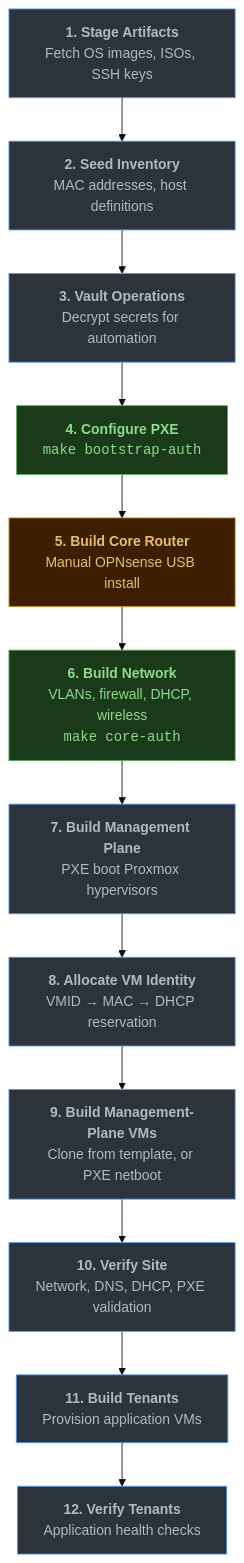
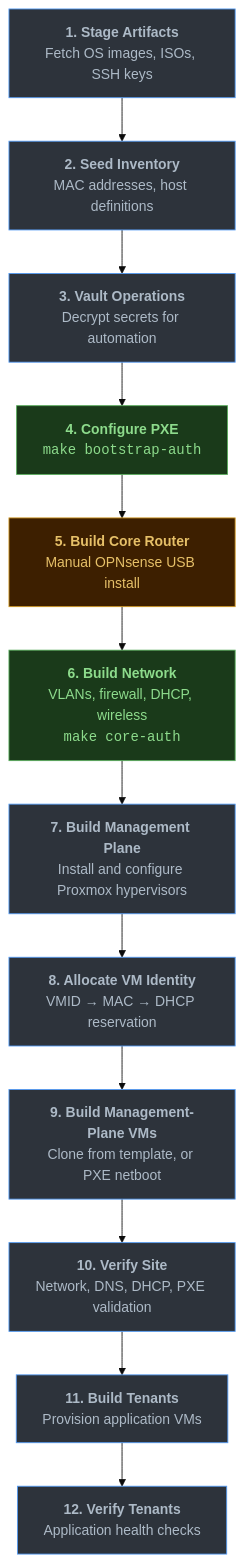
The diagram in content/docs/runbook/building-recovery/_index.md (deevnet/deevnet-docs), drawn with Mermaid (base theme) before and after one commit. The commit also changed other lines of this file and 5 other files, not shown here.

First line of the commit message:
Hypervisor rebuild procedure and a storage roadmap

```diff
--- a/content/docs/runbook/building-recovery/_index.md
+++ b/content/docs/runbook/building-recovery/_index.md
@@ -61,21 +61,21 @@
 {{< mermaid >}}
 flowchart TD
     A["<b>1. Stage Artifacts</b><br/>Fetch OS images, ISOs, SSH keys"]
     B["<b>2. Seed Inventory</b><br/>MAC addresses, host definitions"]
     C["<b>3. Vault Operations</b><br/>Decrypt secrets for automation"]
     D["<b>4. Configure PXE</b><br/><code>make bootstrap-auth</code>"]:::transition
     E["<b>5. Build Core Router</b><br/>Manual OPNsense USB install"]:::manual
     F["<b>6. Build Network</b><br/>VLANs, firewall, DHCP, wireless<br/><code>make core-auth</code>"]:::transition
-    G["<b>7. Build Management Plane</b><br/>PXE boot Proxmox hypervisors"]
+    G["<b>7. Build Management Plane</b><br/>Install and configure Proxmox hypervisors"]
     H["<b>8. Allocate VM Identity</b><br/>VMID &rarr; MAC &rarr; DHCP reservation"]
     I["<b>9. Build Management-Plane VMs</b><br/>Clone from template, or PXE netboot"]
     J["<b>10. Verify Site</b><br/>Network, DNS, DHCP, PXE validation"]
     K["<b>11. Build Tenants</b><br/>Provision application VMs"]
     L["<b>12. Verify Tenants</b><br/>Application health checks"]
 
     A --> B --> C --> D --> E --> F --> G --> H --> I --> J --> K --> L
 
     classDef default fill:#2d333b,stroke:#539bf5,color:#adbac7
     classDef transition fill:#1a3a1a,stroke:#57ab5a,color:#8ddb8c
     classDef manual fill:#3d1f00,stroke:#d29922,color:#e6c068
 {{< /mermaid >}}
```
